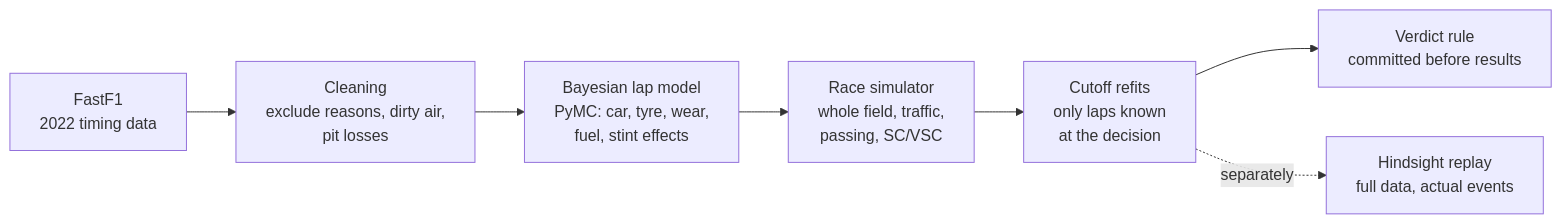
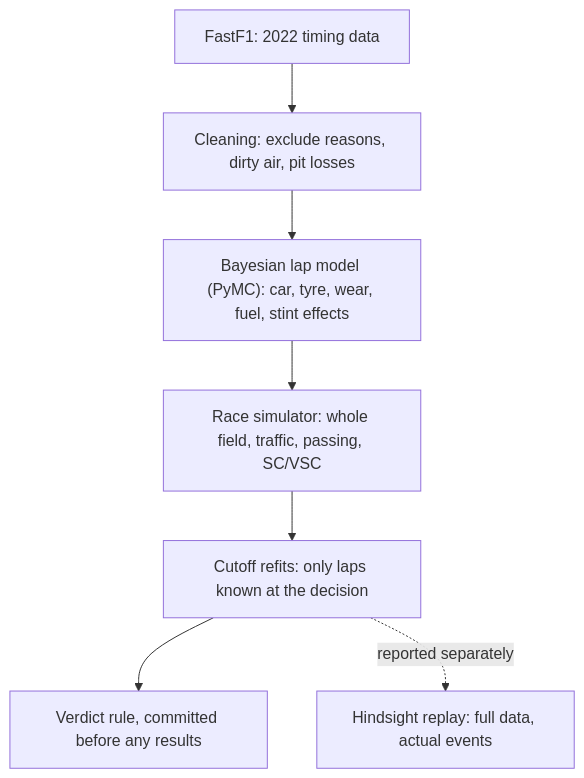
Before and after one commit to tinySage/claude-F1: the diagram in README.md, drawn with Mermaid.

Commit message:
README: top-down pipeline diagram (readable at GitHub's width)
Claude-Session: https://claude.ai/code/session_01CBis2eJHWZPz9BwpzoxWK9

````diff
--- a/README.md
+++ b/README.md
@@ -52,9 +52,9 @@
 ```mermaid
-flowchart LR
-    A["FastF1<br/>2022 timing data"] --> B["Cleaning<br/>exclude reasons, dirty air,<br/>pit losses"]
-    B --> C["Bayesian lap model<br/>PyMC: car, tyre, wear,<br/>fuel, stint effects"]
-    C --> D["Race simulator<br/>whole field, traffic,<br/>passing, SC/VSC"]
-    D --> E["Cutoff refits<br/>only laps known<br/>at the decision"]
-    E --> F["Verdict rule<br/>committed before results"]
-    E -. separately .-> G["Hindsight replay<br/>full data, actual events"]
+flowchart TD
+    A["FastF1: 2022 timing data"] --> B["Cleaning: exclude reasons, dirty air, pit losses"]
+    B --> C["Bayesian lap model (PyMC): car, tyre, wear, fuel, stint effects"]
+    C --> D["Race simulator: whole field, traffic, passing, SC/VSC"]
+    D --> E["Cutoff refits: only laps known at the decision"]
+    E --> F["Verdict rule, committed before any results"]
+    E -. reported separately .-> G["Hindsight replay: full data, actual events"]
 ```
````
